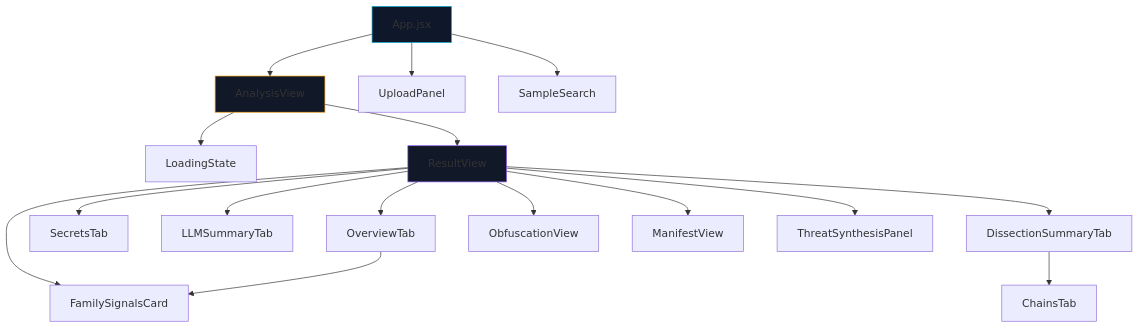
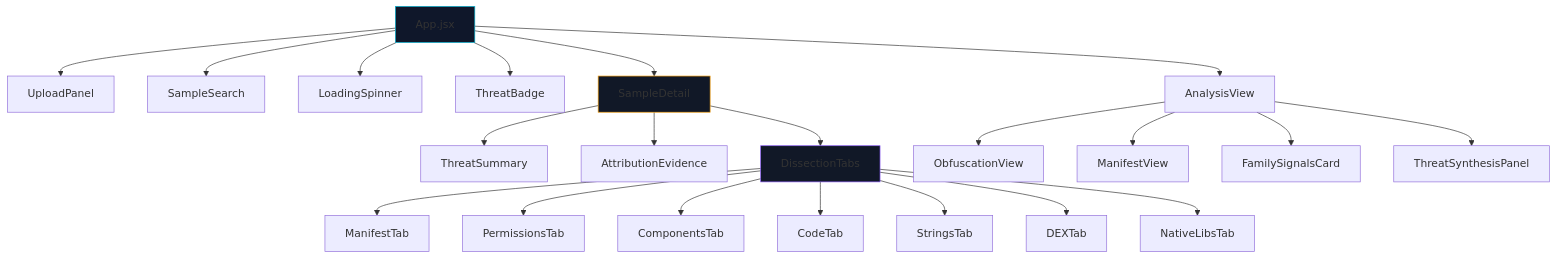
The second of 2 diagrams in README.md (DarshakPatel2004/project-zero), drawn with Mermaid before and after one commit. The commit also changed other lines of this file, not shown here.

````diff
--- a/README.md
+++ b/README.md
@@ -189,24 +204,30 @@
 ```mermaid
 graph TD
-    App[App.jsx] --> AV[AnalysisView]
-    App --> UP[UploadPanel]
+    App[App.jsx] --> UP[UploadPanel]
     App --> SS[SampleSearch]
+    App --> LS[LoadingSpinner]
+    App --> TB[ThreatBadge]
+    App --> SD[SampleDetail]
+    App --> AV[AnalysisView]
 
-    AV --> LS[LoadingState]
-    AV --> RV[ResultView]
-    RV --> OV[OverviewTab]
-    RV --> ST[SecretsTab]
-    RV --> LLM[LLMSummaryTab]
-    RV --> DS[DissectionSummaryTab]
-    RV --> OV2[ObfuscationView]
-    RV --> MV[ManifestView]
-    RV --> TS[ThreatSynthesisPanel]
-    RV --> FS[FamilySignalsCard]
+    SD --> TSum[ThreatSummary]
+    SD --> AE[AttributionEvidence]
+    SD --> DT[DissectionTabs]
 
-    OV --> FS
-    DS --> CT[ChainsTab]
+    DT --> MT[ManifestTab]
+    DT --> PT[PermissionsTab]
+    DT --> CT[ComponentsTab]
+    DT --> CodeT[CodeTab]
+    DT --> ST[StringsTab]
+    DT --> DX[DEXTab]
+    DT --> NL[NativeLibsTab]
+
+    AV --> OV[ObfuscationView]
+    AV --> MV[ManifestView]
+    AV --> FS[FamilySignalsCard]
+    AV --> TS[ThreatSynthesisPanel]
 
     style App fill:#0f172a,stroke:#06b6d4
-    style AV fill:#111827,stroke:#f59e0b
-    style RV fill:#111827,stroke:#8b5cf6
+    style SD fill:#111827,stroke:#f59e0b
+    style DT fill:#111827,stroke:#8b5cf6
 ```
````
